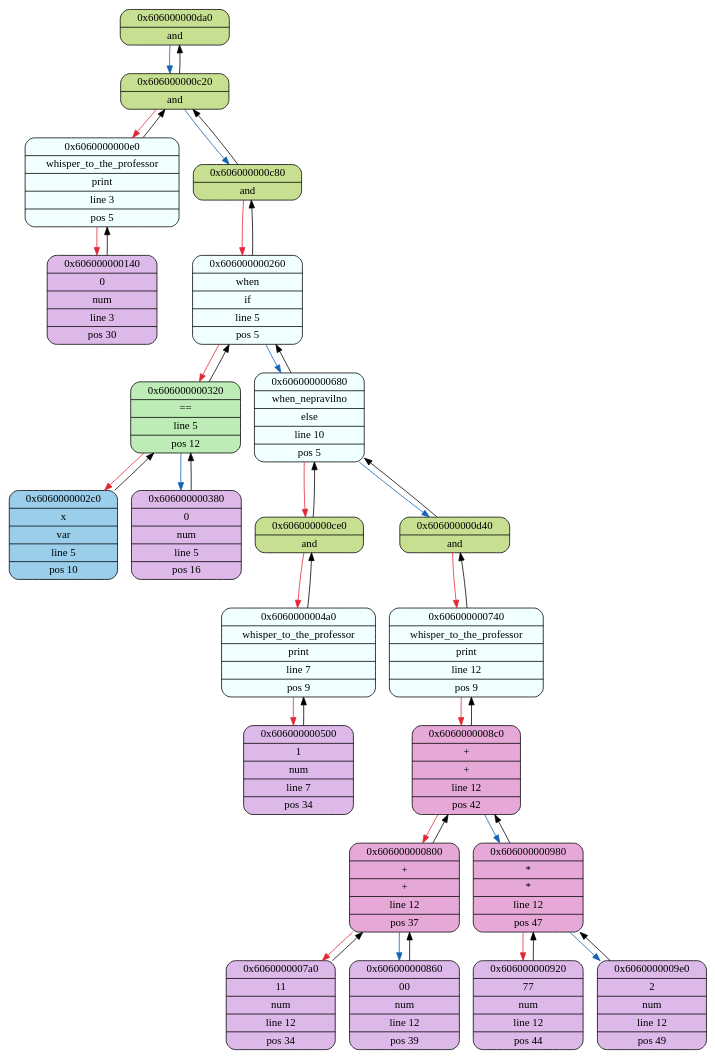
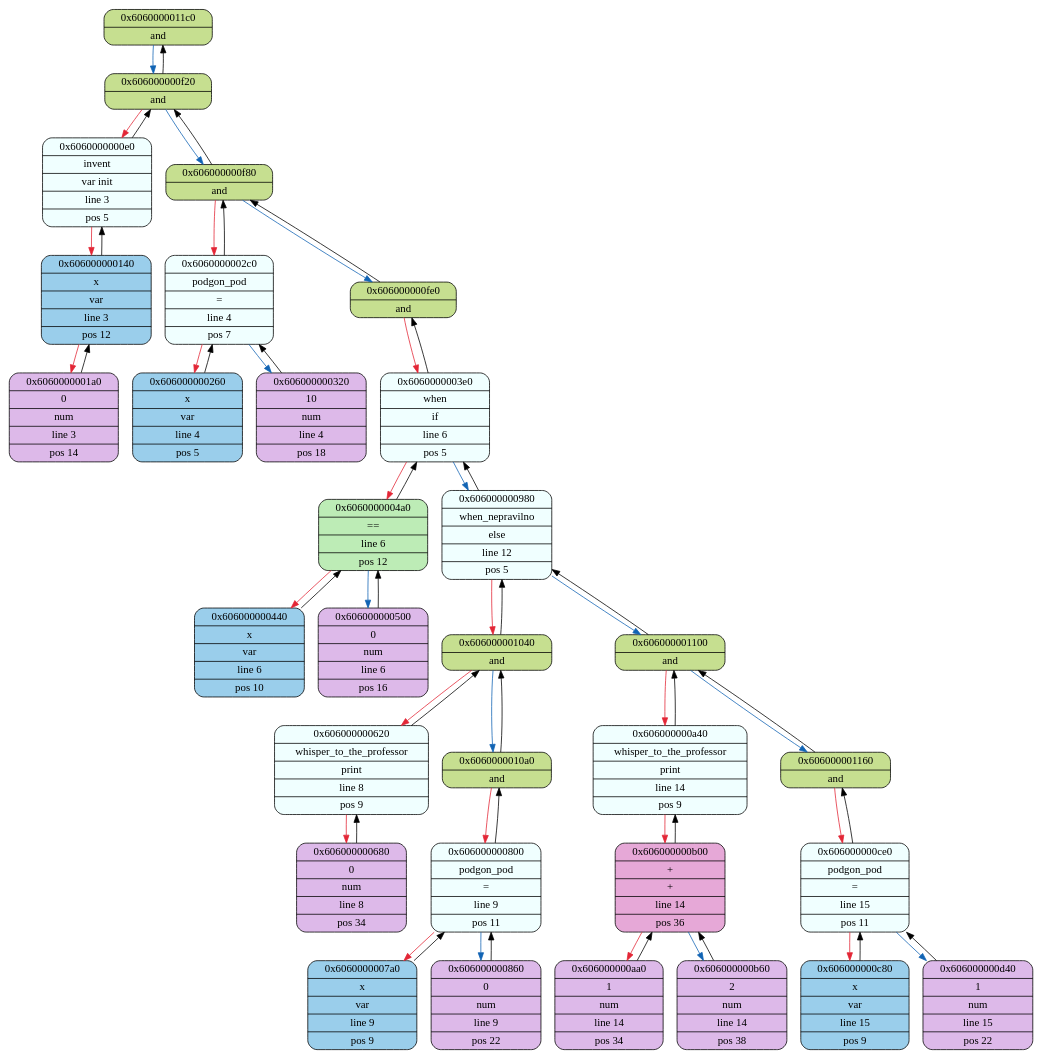
One commit to 2APetrin/MIPT_language changed the diagram in frontend/logs/log_graphviz.dot. Above: the diagram before and after it, drawn with Graphviz. The commit also changed 7 other files, not shown here.

```diff
--- a/frontend/logs/log_graphviz.dot
+++ b/frontend/logs/log_graphviz.dot
@@ -1,67 +1,94 @@
 digraph
 {
-    node_0x606000000da0[shape = Mrecord, label = "{{0x606000000da0} | {and}}", style = "filled", fillcolor = "#C6DF90"];
-    node_0x606000000c20[shape = Mrecord, label = "{{0x606000000c20} | {and}}", style = "filled", fillcolor = "#C6DF90"];
-    node_0x6060000000e0[shape = Mrecord, label = "{{0x6060000000e0} | {whisper_to_the_professor} | {print} | {line 3} | {pos 5}}", style = "filled", fillcolor = "#F0FFFF"];
-    node_0x606000000140[shape = Mrecord, label = "{{0x606000000140} | {0} | {num} | {line 3} | {pos 30}}", style = "filled", fillcolor = "#DDB9E9"];
-    node_0x606000000c80[shape = Mrecord, label = "{{0x606000000c80} | {and}}", style = "filled", fillcolor = "#C6DF90"];
-    node_0x606000000260[shape = Mrecord, label = "{{0x606000000260} | {when} | {if} | {line 5} | {pos 5}}", style = "filled", fillcolor = "#F0FFFF"];
-    node_0x606000000320[shape = Mrecord, label = "{{0x606000000320} | {==} | {line 5} | {pos 12}}", style = "filled", fillcolor = "#BDECB6"];
-    node_0x6060000002c0[shape = Mrecord, label = "{{0x6060000002c0} | {x} | {var} | {line 5} | {pos 10}}", style = "filled", fillcolor = "#9ACEEB"];
-    node_0x606000000380[shape = Mrecord, label = "{{0x606000000380} | {0} | {num} | {line 5} | {pos 16}}", style = "filled", fillcolor = "#DDB9E9"];
-    node_0x606000000680[shape = Mrecord, label = "{{0x606000000680} | {when_nepravilno} | {else} | {line 10} | {pos 5}}", style = "filled", fillcolor = "#F0FFFF"];
-    node_0x606000000ce0[shape = Mrecord, label = "{{0x606000000ce0} | {and}}", style = "filled", fillcolor = "#C6DF90"];
-    node_0x6060000004a0[shape = Mrecord, label = "{{0x6060000004a0} | {whisper_to_the_professor} | {print} | {line 7} | {pos 9}}", style = "filled", fillcolor = "#F0FFFF"];
-    node_0x606000000500[shape = Mrecord, label = "{{0x606000000500} | {1} | {num} | {line 7} | {pos 34}}", style = "filled", fillcolor = "#DDB9E9"];
-    node_0x606000000d40[shape = Mrecord, label = "{{0x606000000d40} | {and}}", style = "filled", fillcolor = "#C6DF90"];
-    node_0x606000000740[shape = Mrecord, label = "{{0x606000000740} | {whisper_to_the_professor} | {print} | {line 12} | {pos 9}}", style = "filled", fillcolor = "#F0FFFF"];
-    node_0x6060000008c0[shape = Mrecord, label = "{{0x6060000008c0} | {+} | {+} | {line 12} | {pos 42}}", style = "filled", fillcolor = "#E6A8D7"];
-    node_0x606000000800[shape = Mrecord, label = "{{0x606000000800} | {+} | {+} | {line 12} | {pos 37}}", style = "filled", fillcolor = "#E6A8D7"];
-    node_0x6060000007a0[shape = Mrecord, label = "{{0x6060000007a0} | {11} | {num} | {line 12} | {pos 34}}", style = "filled", fillcolor = "#DDB9E9"];
-    node_0x606000000860[shape = Mrecord, label = "{{0x606000000860} | {00} | {num} | {line 12} | {pos 39}}", style = "filled", fillcolor = "#DDB9E9"];
-    node_0x606000000980[shape = Mrecord, label = "{{0x606000000980} | {*} | {*} | {line 12} | {pos 47}}", style = "filled", fillcolor = "#E6A8D7"];
-    node_0x606000000920[shape = Mrecord, label = "{{0x606000000920} | {77} | {num} | {line 12} | {pos 44}}", style = "filled", fillcolor = "#DDB9E9"];
-    node_0x6060000009e0[shape = Mrecord, label = "{{0x6060000009e0} | {2} | {num} | {line 12} | {pos 49}}", style = "filled", fillcolor = "#DDB9E9"];
-    node_0x606000000c20->node_0x606000000da0 [color = "#000000"];
-    node_0x606000000da0->node_0x606000000c20 [color = "#1164B4"];
-    node_0x6060000000e0->node_0x606000000c20 [color = "#000000"];
-    node_0x606000000c20->node_0x6060000000e0 [color = "#E32636"];
+    node_0x6060000011c0[shape = Mrecord, label = "{{0x6060000011c0} | {and}}", style = "filled", fillcolor = "#C6DF90"];
+    node_0x606000000f20[shape = Mrecord, label = "{{0x606000000f20} | {and}}", style = "filled", fillcolor = "#C6DF90"];
+    node_0x6060000000e0[shape = Mrecord, label = "{{0x6060000000e0} | {invent} | {var init} | {line 3} | {pos 5}}", style = "filled", fillcolor = "#F0FFFF"];
+    node_0x606000000140[shape = Mrecord, label = "{{0x606000000140} | {x} | {var} | {line 3} | {pos 12}}", style = "filled", fillcolor = "#9ACEEB"];
+    node_0x6060000001a0[shape = Mrecord, label = "{{0x6060000001a0} | {0} | {num} | {line 3} | {pos 14}}", style = "filled", fillcolor = "#DDB9E9"];
+    node_0x606000000f80[shape = Mrecord, label = "{{0x606000000f80} | {and}}", style = "filled", fillcolor = "#C6DF90"];
+    node_0x6060000002c0[shape = Mrecord, label = "{{0x6060000002c0} | {podgon_pod} | {=} | {line 4} | {pos 7}}", style = "filled", fillcolor = "#F0FFFF"];
+    node_0x606000000260[shape = Mrecord, label = "{{0x606000000260} | {x} | {var} | {line 4} | {pos 5}}", style = "filled", fillcolor = "#9ACEEB"];
+    node_0x606000000320[shape = Mrecord, label = "{{0x606000000320} | {10} | {num} | {line 4} | {pos 18}}", style = "filled", fillcolor = "#DDB9E9"];
+    node_0x606000000fe0[shape = Mrecord, label = "{{0x606000000fe0} | {and}}", style = "filled", fillcolor = "#C6DF90"];
+    node_0x6060000003e0[shape = Mrecord, label = "{{0x6060000003e0} | {when} | {if} | {line 6} | {pos 5}}", style = "filled", fillcolor = "#F0FFFF"];
+    node_0x6060000004a0[shape = Mrecord, label = "{{0x6060000004a0} | {==} | {line 6} | {pos 12}}", style = "filled", fillcolor = "#BDECB6"];
+    node_0x606000000440[shape = Mrecord, label = "{{0x606000000440} | {x} | {var} | {line 6} | {pos 10}}", style = "filled", fillcolor = "#9ACEEB"];
+    node_0x606000000500[shape = Mrecord, label = "{{0x606000000500} | {0} | {num} | {line 6} | {pos 16}}", style = "filled", fillcolor = "#DDB9E9"];
+    node_0x606000000980[shape = Mrecord, label = "{{0x606000000980} | {when_nepravilno} | {else} | {line 12} | {pos 5}}", style = "filled", fillcolor = "#F0FFFF"];
+    node_0x606000001040[shape = Mrecord, label = "{{0x606000001040} | {and}}", style = "filled", fillcolor = "#C6DF90"];
+    node_0x606000000620[shape = Mrecord, label = "{{0x606000000620} | {whisper_to_the_professor} | {print} | {line 8} | {pos 9}}", style = "filled", fillcolor = "#F0FFFF"];
+    node_0x606000000680[shape = Mrecord, label = "{{0x606000000680} | {0} | {num} | {line 8} | {pos 34}}", style = "filled", fillcolor = "#DDB9E9"];
+    node_0x6060000010a0[shape = Mrecord, label = "{{0x6060000010a0} | {and}}", style = "filled", fillcolor = "#C6DF90"];
+    node_0x606000000800[shape = Mrecord, label = "{{0x606000000800} | {podgon_pod} | {=} | {line 9} | {pos 11}}", style = "filled", fillcolor = "#F0FFFF"];
+    node_0x6060000007a0[shape = Mrecord, label = "{{0x6060000007a0} | {x} | {var} | {line 9} | {pos 9}}", style = "filled", fillcolor = "#9ACEEB"];
+    node_0x606000000860[shape = Mrecord, label = "{{0x606000000860} | {0} | {num} | {line 9} | {pos 22}}", style = "filled", fillcolor = "#DDB9E9"];
+    node_0x606000001100[shape = Mrecord, label = "{{0x606000001100} | {and}}", style = "filled", fillcolor = "#C6DF90"];
+    node_0x606000000a40[shape = Mrecord, label = "{{0x606000000a40} | {whisper_to_the_professor} | {print} | {line 14} | {pos 9}}", style = "filled", fillcolor = "#F0FFFF"];
+    node_0x606000000b00[shape = Mrecord, label = "{{0x606000000b00} | {+} | {+} | {line 14} | {pos 36}}", style = "filled", fillcolor = "#E6A8D7"];
+    node_0x606000000aa0[shape = Mrecord, label = "{{0x606000000aa0} | {1} | {num} | {line 14} | {pos 34}}", style = "filled", fillcolor = "#DDB9E9"];
+    node_0x606000000b60[shape = Mrecord, label = "{{0x606000000b60} | {2} | {num} | {line 14} | {pos 38}}", style = "filled", fillcolor = "#DDB9E9"];
+    node_0x606000001160[shape = Mrecord, label = "{{0x606000001160} | {and}}", style = "filled", fillcolor = "#C6DF90"];
+    node_0x606000000ce0[shape = Mrecord, label = "{{0x606000000ce0} | {podgon_pod} | {=} | {line 15} | {pos 11}}", style = "filled", fillcolor = "#F0FFFF"];
+    node_0x606000000c80[shape = Mrecord, label = "{{0x606000000c80} | {x} | {var} | {line 15} | {pos 9}}", style = "filled", fillcolor = "#9ACEEB"];
+    node_0x606000000d40[shape = Mrecord, label = "{{0x606000000d40} | {1} | {num} | {line 15} | {pos 22}}", style = "filled", fillcolor = "#DDB9E9"];
+    node_0x606000000f20->node_0x6060000011c0 [color = "#000000"];
+    node_0x6060000011c0->node_0x606000000f20 [color = "#1164B4"];
+    node_0x6060000000e0->node_0x606000000f20 [color = "#000000"];
+    node_0x606000000f20->node_0x6060000000e0 [color = "#E32636"];
     node_0x606000000140->node_0x6060000000e0 [color = "#000000"];
     node_0x6060000000e0->node_0x606000000140 [color = "#E32636"];
-    node_0x606000000c80->node_0x606000000c20 [color = "#000000"];
-    node_0x606000000c20->node_0x606000000c80 [color = "#1164B4"];
-    node_0x606000000260->node_0x606000000c80 [color = "#000000"];
-    node_0x606000000c80->node_0x606000000260 [color = "#E32636"];
-    node_0x606000000320->node_0x606000000260 [color = "#000000"];
-    node_0x606000000260->node_0x606000000320 [color = "#E32636"];
-    node_0x6060000002c0->node_0x606000000320 [color = "#000000"];
-    node_0x606000000320->node_0x6060000002c0 [color = "#E32636"];
-    node_0x606000000380->node_0x606000000320 [color = "#000000"];
-    node_0x606000000320->node_0x606000000380 [color = "#1164B4"];
-    node_0x606000000680->node_0x606000000260 [color = "#000000"];
-    node_0x606000000260->node_0x606000000680 [color = "#1164B4"];
-    node_0x606000000ce0->node_0x606000000680 [color = "#000000"];
-    node_0x606000000680->node_0x606000000ce0 [color = "#E32636"];
-    node_0x6060000004a0->node_0x606000000ce0 [color = "#000000"];
-    node_0x606000000ce0->node_0x6060000004a0 [color = "#E32636"];
+    node_0x6060000001a0->node_0x606000000140 [color = "#000000"];
+    node_0x606000000140->node_0x6060000001a0 [color = "#E32636"];
+    node_0x606000000f80->node_0x606000000f20 [color = "#000000"];
+    node_0x606000000f20->node_0x606000000f80 [color = "#1164B4"];
+    node_0x6060000002c0->node_0x606000000f80 [color = "#000000"];
+    node_0x606000000f80->node_0x6060000002c0 [color = "#E32636"];
+    node_0x606000000260->node_0x6060000002c0 [color = "#000000"];
+    node_0x6060000002c0->node_0x606000000260 [color = "#E32636"];
+    node_0x606000000320->node_0x6060000002c0 [color = "#000000"];
+    node_0x6060000002c0->node_0x606000000320 [color = "#1164B4"];
+    node_0x606000000fe0->node_0x606000000f80 [color = "#000000"];
+    node_0x606000000f80->node_0x606000000fe0 [color = "#1164B4"];
+    node_0x6060000003e0->node_0x606000000fe0 [color = "#000000"];
+    node_0x606000000fe0->node_0x6060000003e0 [color = "#E32636"];
+    node_0x6060000004a0->node_0x6060000003e0 [color = "#000000"];
+    node_0x6060000003e0->node_0x6060000004a0 [color = "#E32636"];
+    node_0x606000000440->node_0x6060000004a0 [color = "#000000"];
+    node_0x6060000004a0->node_0x606000000440 [color = "#E32636"];
     node_0x606000000500->node_0x6060000004a0 [color = "#000000"];
-    node_0x6060000004a0->node_0x606000000500 [color = "#E32636"];
-    node_0x606000000d40->node_0x606000000680 [color = "#000000"];
-    node_0x606000000680->node_0x606000000d40 [color = "#1164B4"];
-    node_0x606000000740->node_0x606000000d40 [color = "#000000"];
-    node_0x606000000d40->node_0x606000000740 [color = "#E32636"];
-    node_0x6060000008c0->node_0x606000000740 [color = "#000000"];
-    node_0x606000000740->node_0x6060000008c0 [color = "#E32636"];
-    node_0x606000000800->node_0x6060000008c0 [color = "#000000"];
-    node_0x6060000008c0->node_0x606000000800 [color = "#E32636"];
+    node_0x6060000004a0->node_0x606000000500 [color = "#1164B4"];
+    node_0x606000000980->node_0x6060000003e0 [color = "#000000"];
+    node_0x6060000003e0->node_0x606000000980 [color = "#1164B4"];
+    node_0x606000001040->node_0x606000000980 [color = "#000000"];
+    node_0x606000000980->node_0x606000001040 [color = "#E32636"];
+    node_0x606000000620->node_0x606000001040 [color = "#000000"];
+    node_0x606000001040->node_0x606000000620 [color = "#E32636"];
+    node_0x606000000680->node_0x606000000620 [color = "#000000"];
+    node_0x606000000620->node_0x606000000680 [color = "#E32636"];
+    node_0x6060000010a0->node_0x606000001040 [color = "#000000"];
+    node_0x606000001040->node_0x6060000010a0 [color = "#1164B4"];
+    node_0x606000000800->node_0x6060000010a0 [color = "#000000"];
+    node_0x6060000010a0->node_0x606000000800 [color = "#E32636"];
     node_0x6060000007a0->node_0x606000000800 [color = "#000000"];
     node_0x606000000800->node_0x6060000007a0 [color = "#E32636"];
     node_0x606000000860->node_0x606000000800 [color = "#000000"];
     node_0x606000000800->node_0x606000000860 [color = "#1164B4"];
-    node_0x606000000980->node_0x6060000008c0 [color = "#000000"];
-    node_0x6060000008c0->node_0x606000000980 [color = "#1164B4"];
-    node_0x606000000920->node_0x606000000980 [color = "#000000"];
-    node_0x606000000980->node_0x606000000920 [color = "#E32636"];
-    node_0x6060000009e0->node_0x606000000980 [color = "#000000"];
-    node_0x606000000980->node_0x6060000009e0 [color = "#1164B4"];
+    node_0x606000001100->node_0x606000000980 [color = "#000000"];
+    node_0x606000000980->node_0x606000001100 [color = "#1164B4"];
+    node_0x606000000a40->node_0x606000001100 [color = "#000000"];
+    node_0x606000001100->node_0x606000000a40 [color = "#E32636"];
+    node_0x606000000b00->node_0x606000000a40 [color = "#000000"];
+    node_0x606000000a40->node_0x606000000b00 [color = "#E32636"];
+    node_0x606000000aa0->node_0x606000000b00 [color = "#000000"];
+    node_0x606000000b00->node_0x606000000aa0 [color = "#E32636"];
+    node_0x606000000b60->node_0x606000000b00 [color = "#000000"];
+    node_0x606000000b00->node_0x606000000b60 [color = "#1164B4"];
+    node_0x606000001160->node_0x606000001100 [color = "#000000"];
+    node_0x606000001100->node_0x606000001160 [color = "#1164B4"];
+    node_0x606000000ce0->node_0x606000001160 [color = "#000000"];
+    node_0x606000001160->node_0x606000000ce0 [color = "#E32636"];
+    node_0x606000000c80->node_0x606000000ce0 [color = "#000000"];
+    node_0x606000000ce0->node_0x606000000c80 [color = "#E32636"];
+    node_0x606000000d40->node_0x606000000ce0 [color = "#000000"];
+    node_0x606000000ce0->node_0x606000000d40 [color = "#1164B4"];
 }
```
